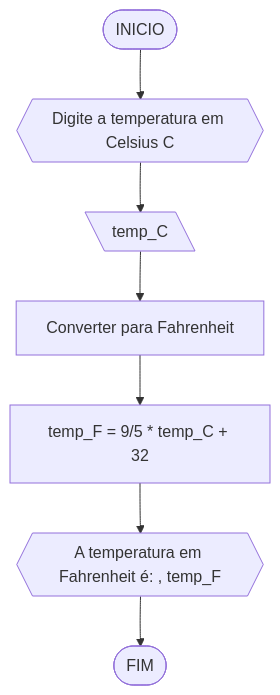
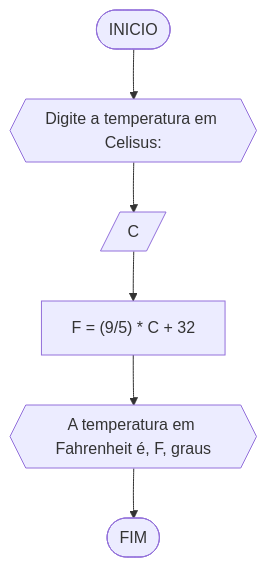
Before and after one commit to rineesousa/unifor: the third of 5 diagrams in RLA/lista exercicio 2.md, drawn with Mermaid. The commit also changed other lines of this file, not shown here.

````diff
--- a/RLA/lista exercicio 2.md
+++ b/RLA/lista exercicio 2.md
@@ -64,9 +134,8 @@
 ```mermaid
 flowchart TD
-A([INICIO]) --> B{{Digite a temperatura em Celsius C}}
-B --> C[\temp_C\]
-C --> D[Converter para Fahrenheit]
-D --> E[temp_F = 9/5 * temp_C + 32]
-E --> F{{A temperatura em Fahrenheit é: , temp_F}}
-F --> G([FIM])
+A([INICIO]) --> B{{"Digite a temperatura em Celisus:"}}
+B --> C[/C/]
+C --> D["F = (9/5) * C + 32"]
+D --> E{{A temperatura em Fahrenheit é, F, graus}}
+E --> F([FIM])
 ```
````
